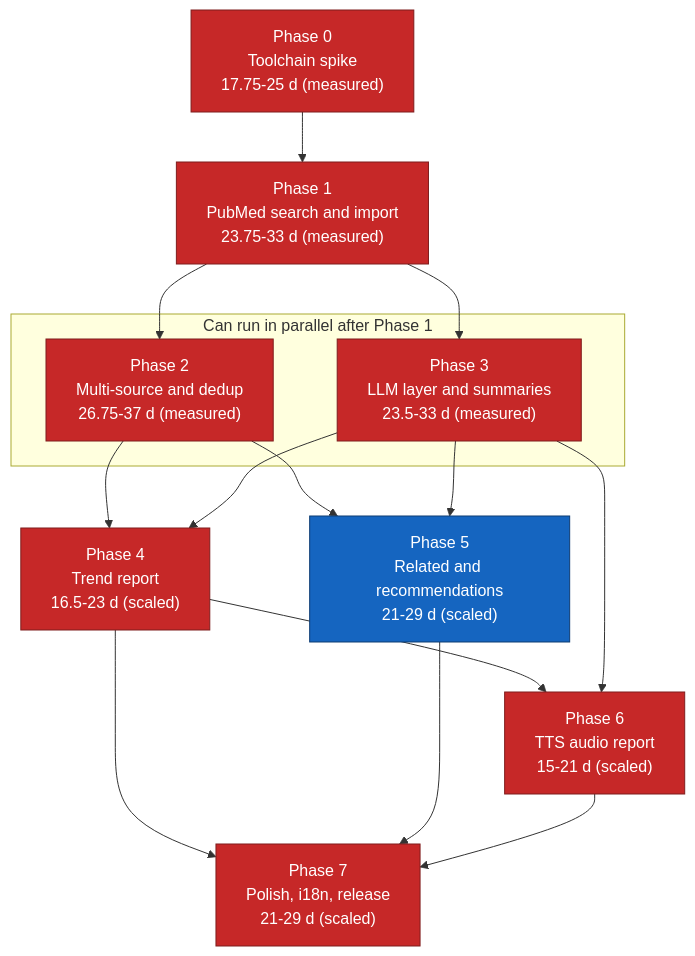
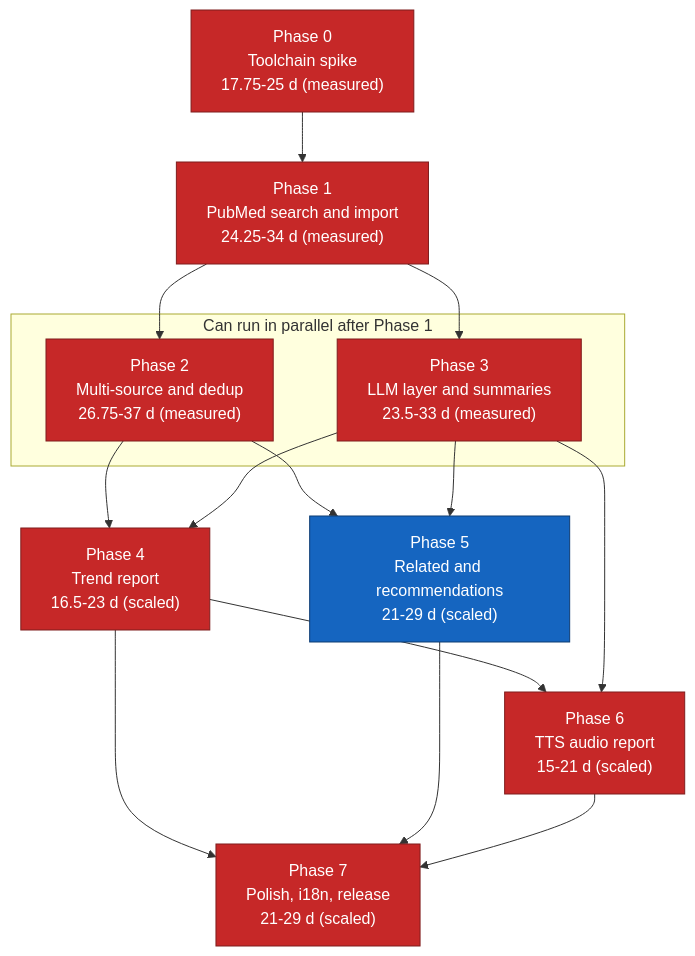
The diagram in docs/11-implementation-roadmap.md (suppakoko/research_helper), drawn with Mermaid before and after one commit. The commit also changed other lines of this file and 3 other files, not shown here.

````diff
--- a/docs/11-implementation-roadmap.md
+++ b/docs/11-implementation-roadmap.md
@@ -326,34 +326,34 @@
 ```mermaid
 graph TD
     P0["Phase 0<br/>Toolchain spike<br/>17.75-25 d (measured)"]
-    P1["Phase 1<br/>PubMed search and import<br/>23.75-33 d (measured)"]
+    P1["Phase 1<br/>PubMed search and import<br/>24.25-34 d (measured)"]
     P2["Phase 2<br/>Multi-source and dedup<br/>26.75-37 d (measured)"]
     P3["Phase 3<br/>LLM layer and summaries<br/>23.5-33 d (measured)"]
     P4["Phase 4<br/>Trend report<br/>16.5-23 d (scaled)"]
     P5["Phase 5<br/>Related and recommendations<br/>21-29 d (scaled)"]
     P6["Phase 6<br/>TTS audio report<br/>15-21 d (scaled)"]
     P7["Phase 7<br/>Polish, i18n, release<br/>21-29 d (scaled)"]
 
     P0 --> P1
     P1 --> P2
     P1 --> P3
     P2 --> P4
     P3 --> P4
     P2 --> P5
     P3 --> P5
     P4 --> P6
     P3 --> P6
     P4 --> P7
     P5 --> P7
     P6 --> P7
 
     subgraph parallel["Can run in parallel after Phase 1"]
         P2
         P3
     end
 
     classDef critical fill:#c62828,stroke:#7f1d1d,color:#ffffff
     classDef normal fill:#1565c0,stroke:#0d3c73,color:#ffffff
     class P0,P1,P2,P3,P4,P6,P7 critical
     class P5 normal
 ```
````
